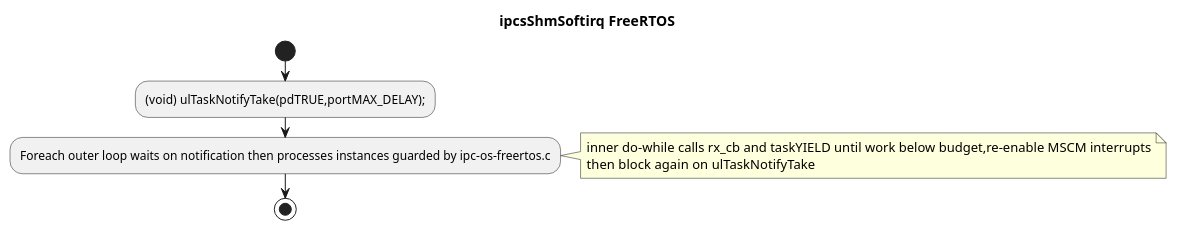
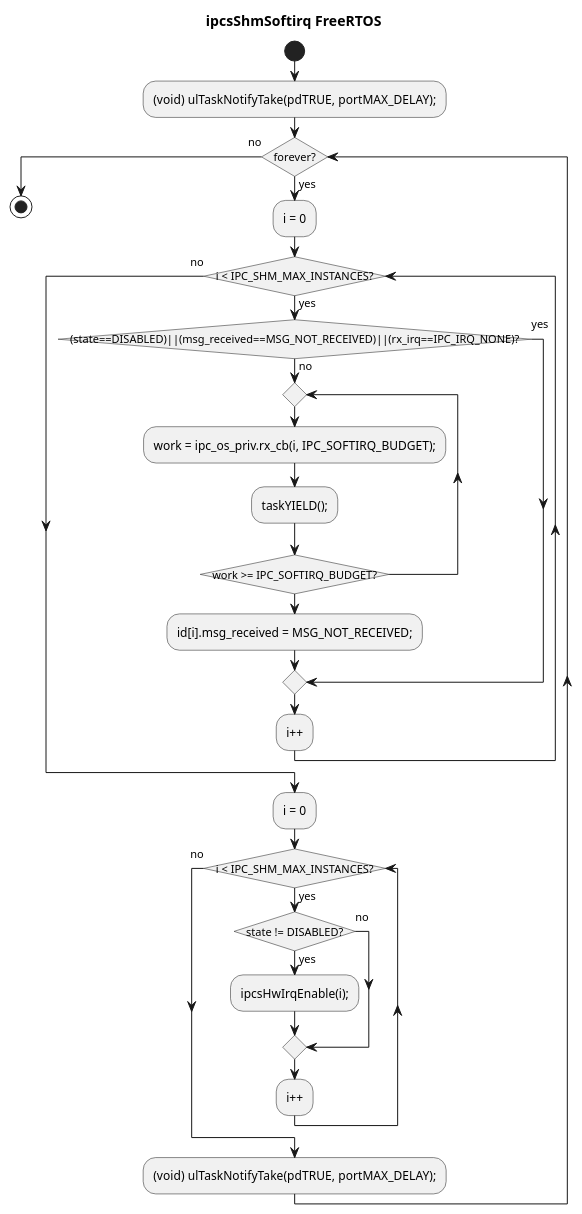
One commit to Mastang1/sad_sdd_proj changed the diagram in c1_sdd_linux-ipcs/cursor_tmp/flow_umls/3_4_58.puml. Above: the diagram before and after it, drawn with PlantUML. The commit also changed 53 other files, not shown here.

```diff
--- a/c1_sdd_linux-ipcs/cursor_tmp/flow_umls/3_4_58.puml
+++ b/c1_sdd_linux-ipcs/cursor_tmp/flow_umls/3_4_58.puml
@@ -1,14 +1,32 @@
 @startuml
 !pragma layout smetana
 skinparam conditionStyle insideDiamond
 skinparam linetype ortho
 title ipcsShmSoftirq FreeRTOS
 start
-:(void) ulTaskNotifyTake(pdTRUE,portMAX_DELAY);;
-:Foreach outer loop waits on notification then processes instances guarded by ipc-os-freertos.c;
-note right
-  inner do-while calls rx_cb and taskYIELD until work below budget,re-enable MSCM interrupts
-  then block again on ulTaskNotifyTake
-end note
+:(void) ulTaskNotifyTake(pdTRUE, portMAX_DELAY);;
+while (forever?) is (yes)
+  :i = 0;
+  while (i < IPC_SHM_MAX_INSTANCES?) is (yes)
+    if ((state==DISABLED)||(msg_received==MSG_NOT_RECEIVED)||(rx_irq==IPC_IRQ_NONE)?) then (yes)
+    else (no)
+      repeat
+        :work = ipc_os_priv.rx_cb(i, IPC_SOFTIRQ_BUDGET);;
+        :taskYIELD();;
+      repeat while (work >= IPC_SOFTIRQ_BUDGET?) is (yes)
+      :id[i].msg_received = MSG_NOT_RECEIVED;;
+    endif
+    :i++;
+  endwhile (no)
+  :i = 0;
+  while (i < IPC_SHM_MAX_INSTANCES?) is (yes)
+    if (state != DISABLED?) then (yes)
+      :ipcsHwIrqEnable(i);;
+    else (no)
+    endif
+    :i++;
+  endwhile (no)
+  :(void) ulTaskNotifyTake(pdTRUE, portMAX_DELAY);;
+endwhile (no)
 stop
 @enduml
```
